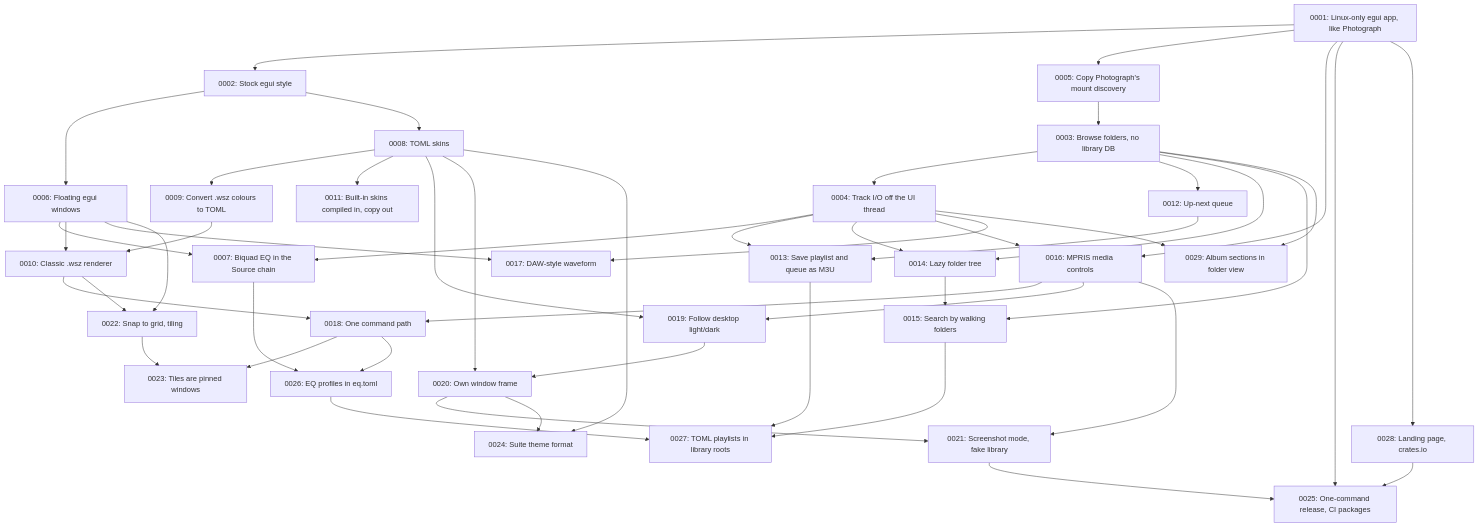
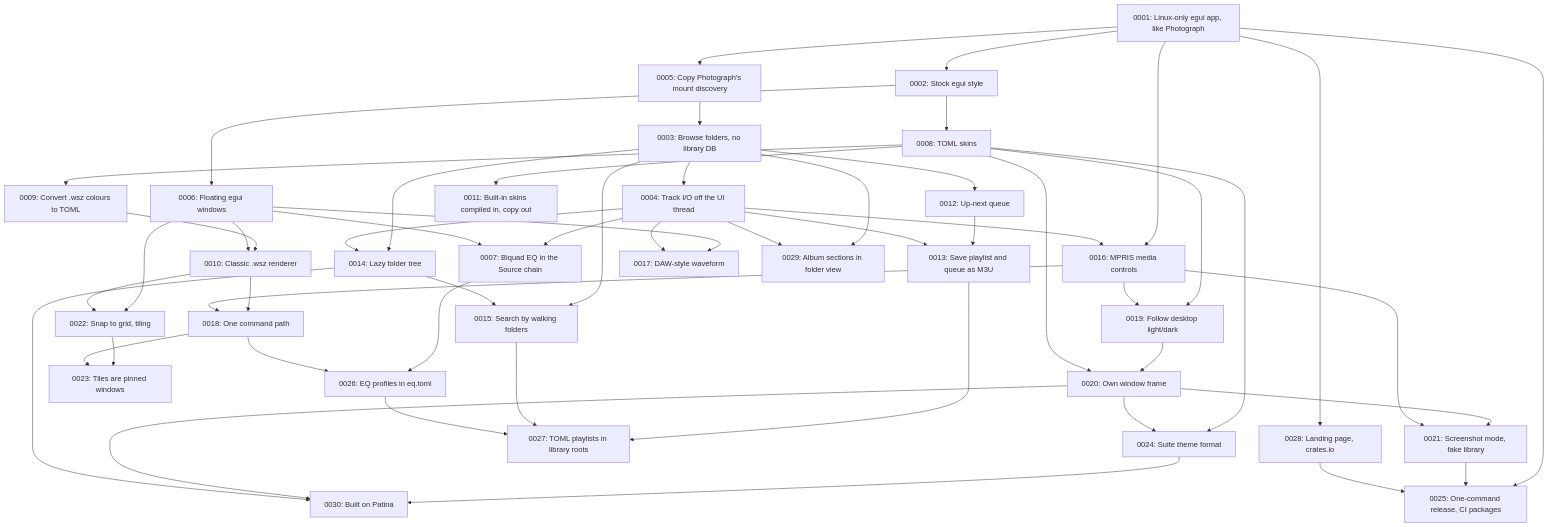
Before and after one commit to divanvisagie/UnAmp: the diagram in docs/adr/README.md, drawn with Mermaid. The commit also changed other lines of this file and 16 other files, not shown here.

````diff
--- a/docs/adr/README.md
+++ b/docs/adr/README.md
@@ -75,51 +76,54 @@
 ```mermaid
 flowchart TD
     A[0001: Linux-only egui app, like Photograph] --> B[0002: Stock egui style]
     A --> E[0005: Copy Photograph's mount discovery]
     C[0003: Browse folders, no library DB] --> D[0004: Track I/O off the UI thread]
     E --> C
     B --> F[0006: Floating egui windows]
     D --> G[0007: Biquad EQ in the Source chain]
     F --> G
     B --> H[0008: TOML skins]
     H --> I[0009: Convert .wsz colours to TOML]
     I --> J[0010: Classic .wsz renderer]
     F --> J
     H --> K[0011: Built-in skins compiled in, copy out]
     C --> L[0012: Up-next queue]
     L --> M[0013: Save playlist and queue as M3U]
     D --> M
     C --> N[0014: Lazy folder tree]
     D --> N
     C --> O[0015: Search by walking folders]
     N --> O
     A --> P[0016: MPRIS media controls]
     D --> P
     F --> Q[0017: DAW-style waveform]
     D --> Q
     J --> R[0018: One command path]
     P --> R
     H --> S[0019: Follow desktop light/dark]
     P --> S
     S --> T[0020: Own window frame]
     H --> T
     T --> U[0021: Screenshot mode, fake library]
     P --> U
     F --> V[0022: Snap to grid, tiling]
     J --> V
     V --> W[0023: Tiles are pinned windows]
     R --> W
     H --> X[0024: Suite theme format]
     T --> X
     A --> Y[0025: One-command release, CI packages]
     U --> Y
     G --> Z[0026: EQ profiles in eq.toml]
     R --> Z
     M --> AA[0027: TOML playlists in library roots]
     O --> AA
     Z --> AA
     A --> AB[0028: Landing page, crates.io]
     AB --> Y
     C --> AD[0029: Album sections in folder view]
+    X --> AE[0030: Built on Patina]
+    T --> AE
+    N --> AE
     D --> AD
 ```
````
